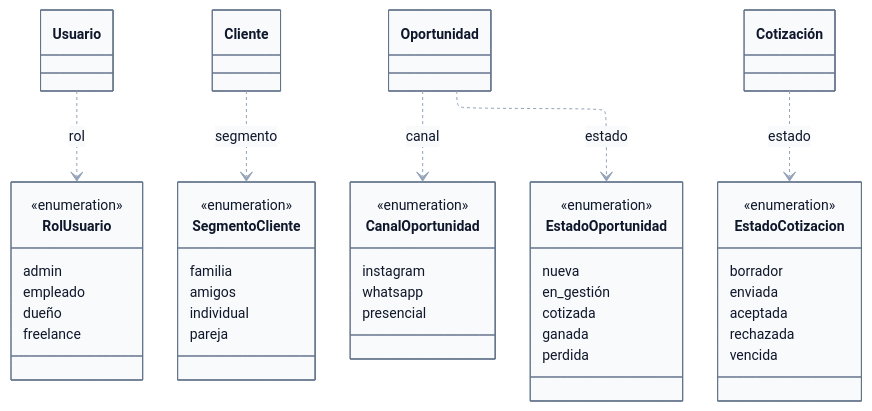
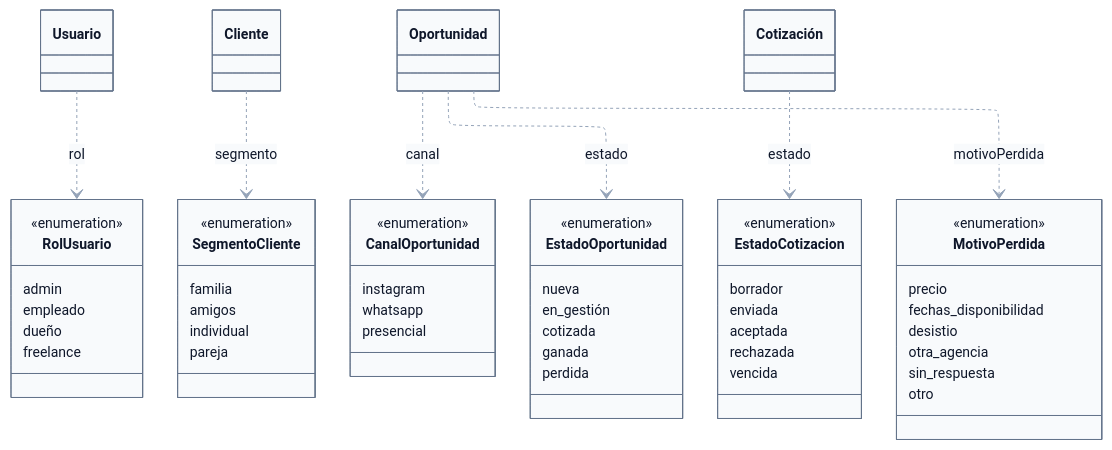
Before and after one commit to FranLuciano04/Vault-Rumbo: the second of 4 diagrams in 03-Dominio/Diagramas/DGM — Diagrama de clases.md, drawn with Mermaid. The commit also changed other lines of this file and 14 other files, not shown here.

Commit message:
DEC-0013: notas y motivo de pérdida de la oportunidad, motivos de cancelación y de baja de reseña, tramo como origen de alerta

````diff
--- a/03-Dominio/Diagramas/DGM — Diagrama de clases.md
+++ b/03-Dominio/Diagramas/DGM — Diagrama de clases.md
@@ -223,50 +230,60 @@
 ```mermaid
 %%{init: {'layout':'elk','elk':{'mergeEdges':false,'nodePlacementStrategy':'BRANDES_KOEPF'},'theme':'base','themeVariables':{'fontFamily':'Segoe UI, Arial, sans-serif','fontSize':'14px','primaryColor':'#f8fafc','primaryBorderColor':'#64748b','primaryTextColor':'#0f172a','lineColor':'#94a3b8'}}}%%
 classDiagram
     direction TB
     class Usuario
     class Cliente
     class Oportunidad
     class Cotizacion["Cotización"]
     class RolUsuario {
         <<enumeration>>
         admin
         empleado
         dueño
         freelance
     }
     class SegmentoCliente {
         <<enumeration>>
         familia
         amigos
         individual
         pareja
     }
     class CanalOportunidad {
         <<enumeration>>
         instagram
         whatsapp
         presencial
     }
     class EstadoOportunidad {
         <<enumeration>>
         nueva
         en_gestión
         cotizada
         ganada
         perdida
     }
     class EstadoCotizacion {
         <<enumeration>>
         borrador
         enviada
         aceptada
         rechazada
         vencida
     }
+    class MotivoPerdida {
+        <<enumeration>>
+        precio
+        fechas_disponibilidad
+        desistio
+        otra_agencia
+        sin_respuesta
+        otro
+    }
     Usuario ..> RolUsuario : rol
     Cliente ..> SegmentoCliente : segmento
     Oportunidad ..> CanalOportunidad : canal
+    Oportunidad ..> MotivoPerdida : motivoPerdida
     Oportunidad ..> EstadoOportunidad : estado
     Cotizacion ..> EstadoCotizacion : estado
 ```
````
